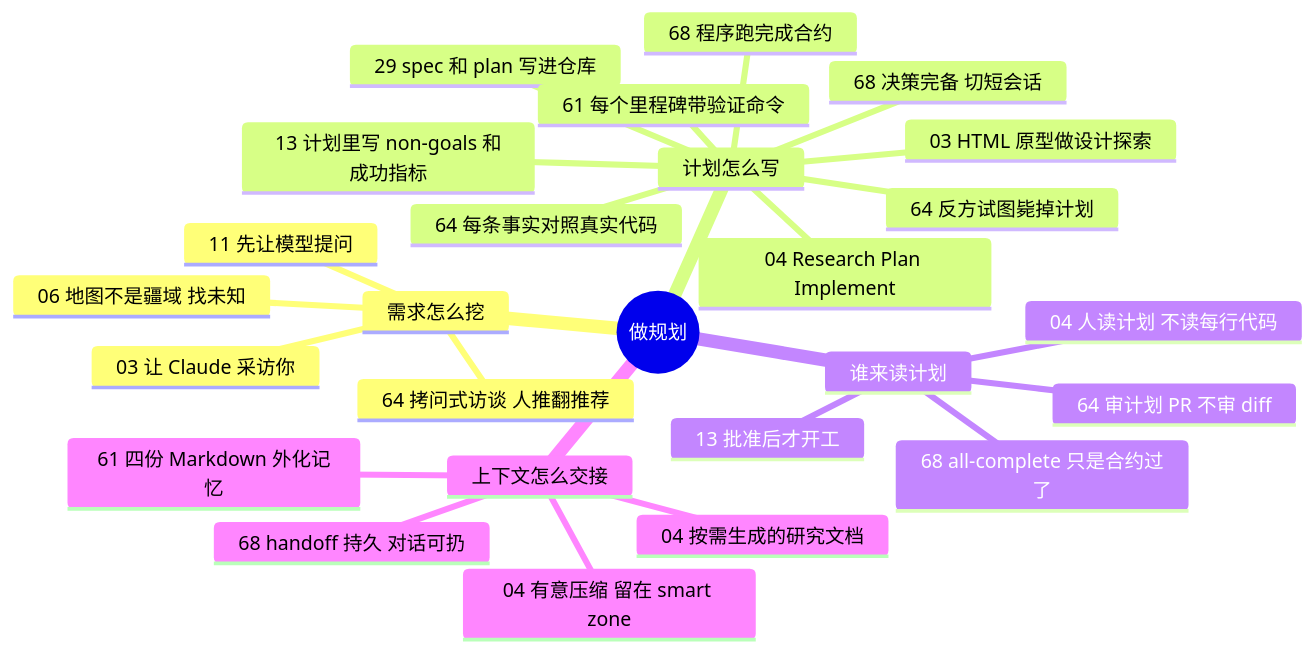
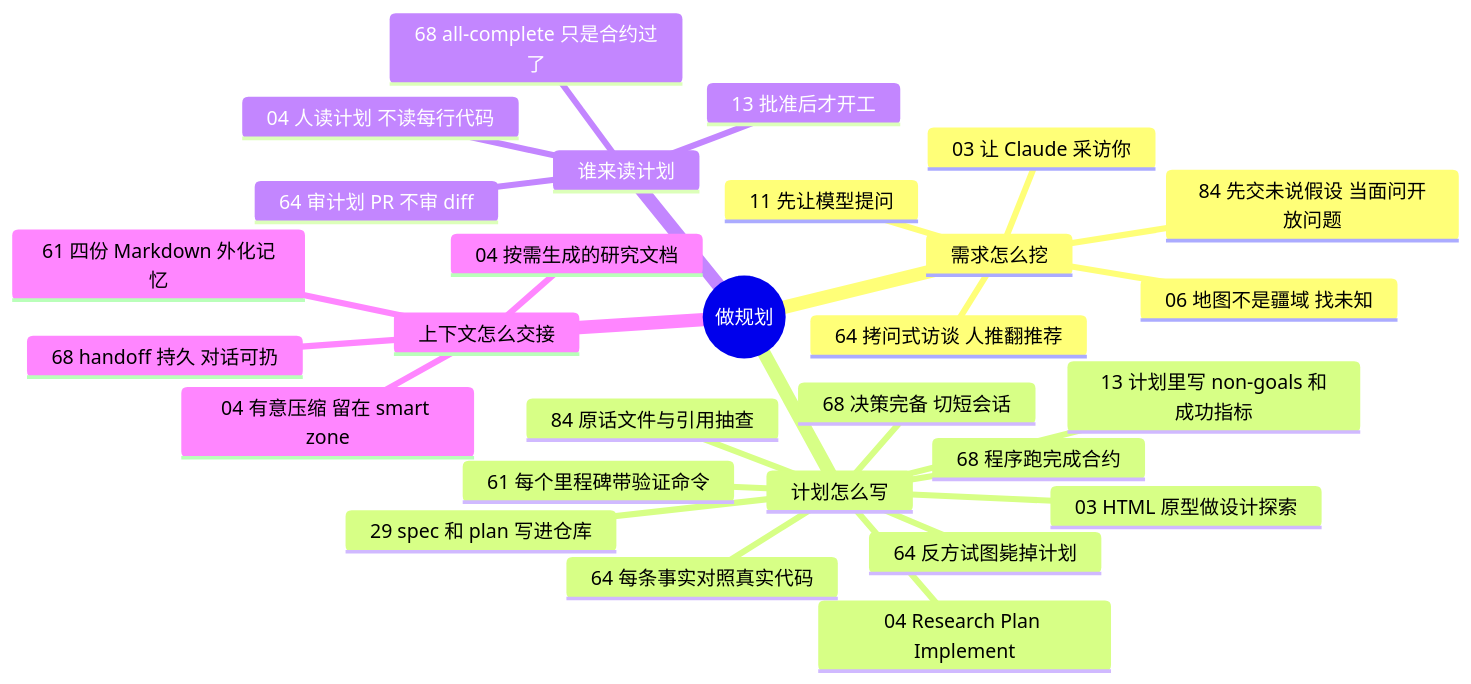
The diagram in docs/guide/planning.md (yzw7489757/ai-coding-videos), drawn with Mermaid before and after one commit. The commit also changed other lines of this file and 18 other files, not shown here.

````diff
--- a/docs/guide/planning.md
+++ b/docs/guide/planning.md
@@ -13,29 +13,31 @@
 ```mermaid
 mindmap
   root((做规划))
     需求怎么挖
       03 让 Claude 采访你
       06 地图不是疆域 找未知
       11 先让模型提问
       64 拷问式访谈 人推翻推荐
+      84 先交未说假设 当面问开放问题
     计划怎么写
       04 Research Plan Implement
       13 计划里写 non-goals 和成功指标
       03 HTML 原型做设计探索
       29 spec 和 plan 写进仓库
       61 每个里程碑带验证命令
       64 每条事实对照真实代码
       64 反方试图毙掉计划
       68 决策完备 切短会话
       68 程序跑完成合约
+      84 原话文件与引用抽查
     谁来读计划
       04 人读计划 不读每行代码
       13 批准后才开工
       64 审计划 PR 不审 diff
       68 all-complete 只是合约过了
     上下文怎么交接
       04 有意压缩 留在 smart zone
       04 按需生成的研究文档
       61 四份 Markdown 外化记忆
       68 handoff 持久 对话可扔
 ```
````
